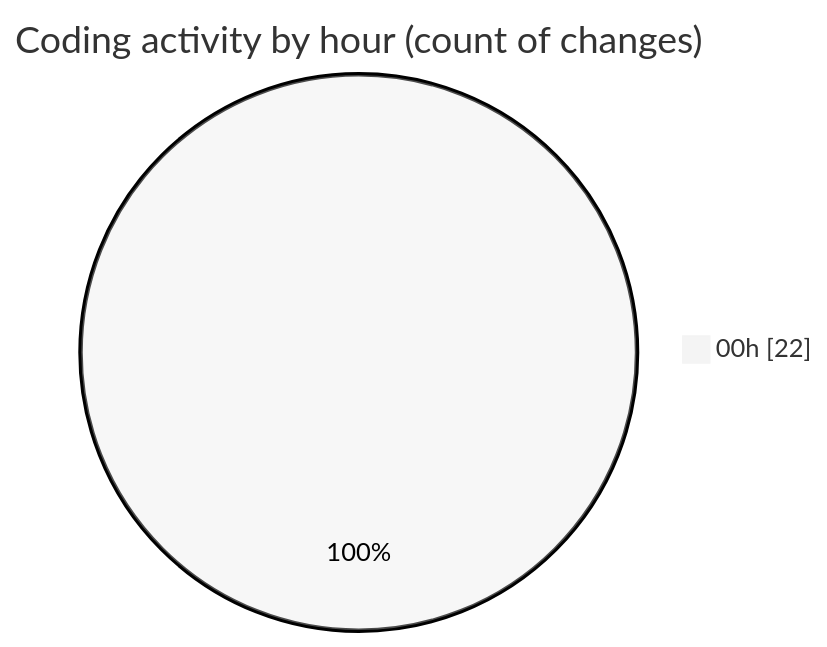
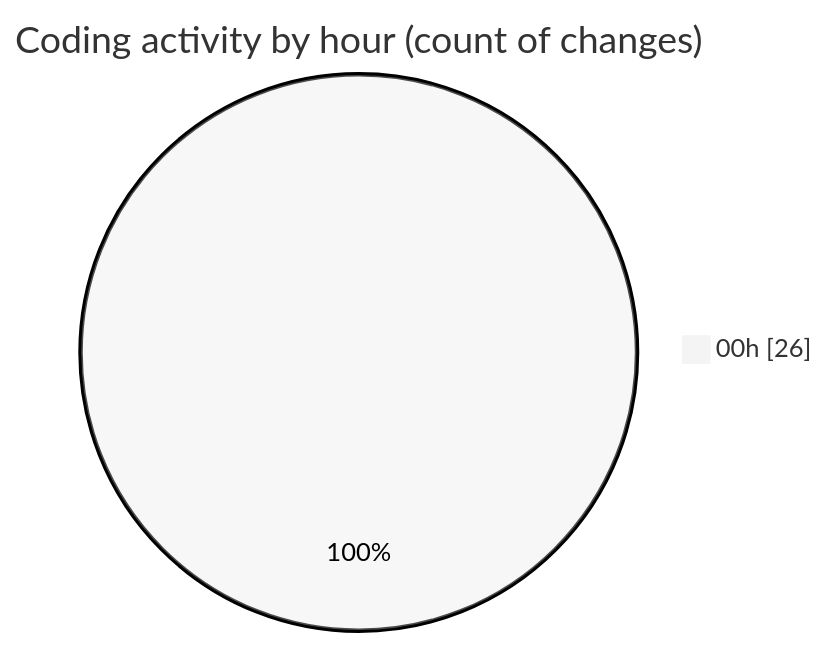
One commit to lephambinh05/code-tracking changed the second of 2 diagrams in 2025-07-21/reg/README.md. Above: the diagram before and after it, drawn with Mermaid (neutral theme). The commit also changed other lines of this file and 1 other file, not shown here.

````diff
--- a/2025-07-21/reg/README.md
+++ b/2025-07-21/reg/README.md
@@ -33,5 +35,5 @@
 ```mermaid
 pie showData
 title Coding activity by hour (count of changes)
-"00h" : 22
+"00h" : 26
 ```
````
